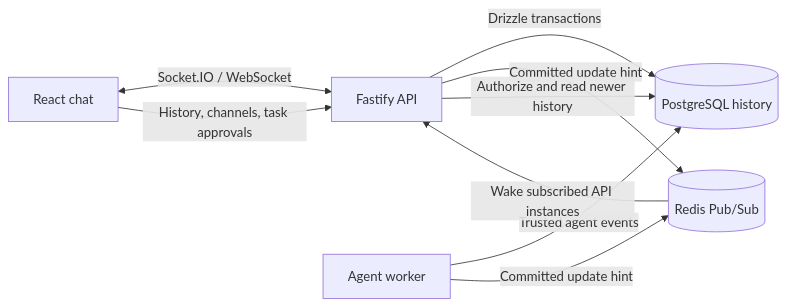
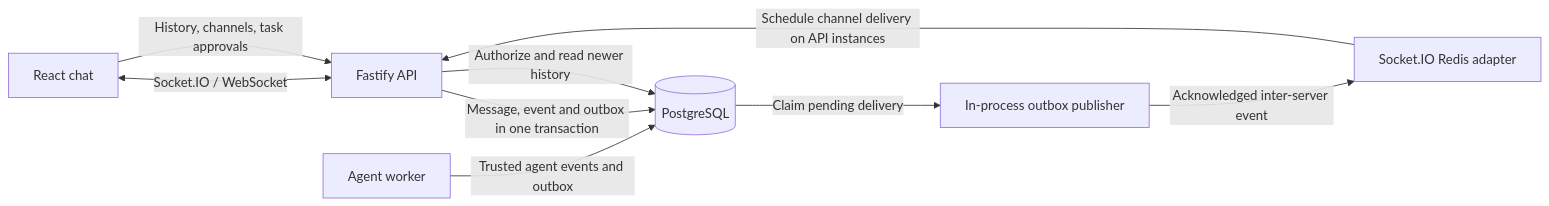
Before and after one commit to kai1303/space: the diagram in docs/architecture/realtime-chat.md, drawn with Mermaid. The commit also changed other lines of this file and 102 other files, not shown here.

````diff
--- a/docs/architecture/realtime-chat.md
+++ b/docs/architecture/realtime-chat.md
@@ -9,11 +9,11 @@
 ```mermaid
 flowchart LR
   UI[React chat] <-->|Socket.IO / WebSocket| API[Fastify API]
   UI -->|History, channels, task approvals| API
-  API -->|Drizzle transactions| DB[(PostgreSQL history)]
-  API -->|Committed update hint| Redis[(Redis Pub/Sub)]
-  Worker[Agent worker] -->|Trusted agent events| DB
-  Worker -->|Committed update hint| Redis
-  Redis -->|Wake subscribed API instances| API
+  API -->|Message, event and outbox in one transaction| DB[(PostgreSQL)]
+  Worker[Agent worker] -->|Trusted agent events and outbox| DB
+  DB -->|Claim pending delivery| Publisher[In-process outbox publisher]
+  Publisher -->|Acknowledged inter-server event| Redis[Socket.IO Redis adapter]
+  Redis -->|Schedule channel delivery on API instances| API
   API -->|Authorize and read newer history| DB
 ```
````
